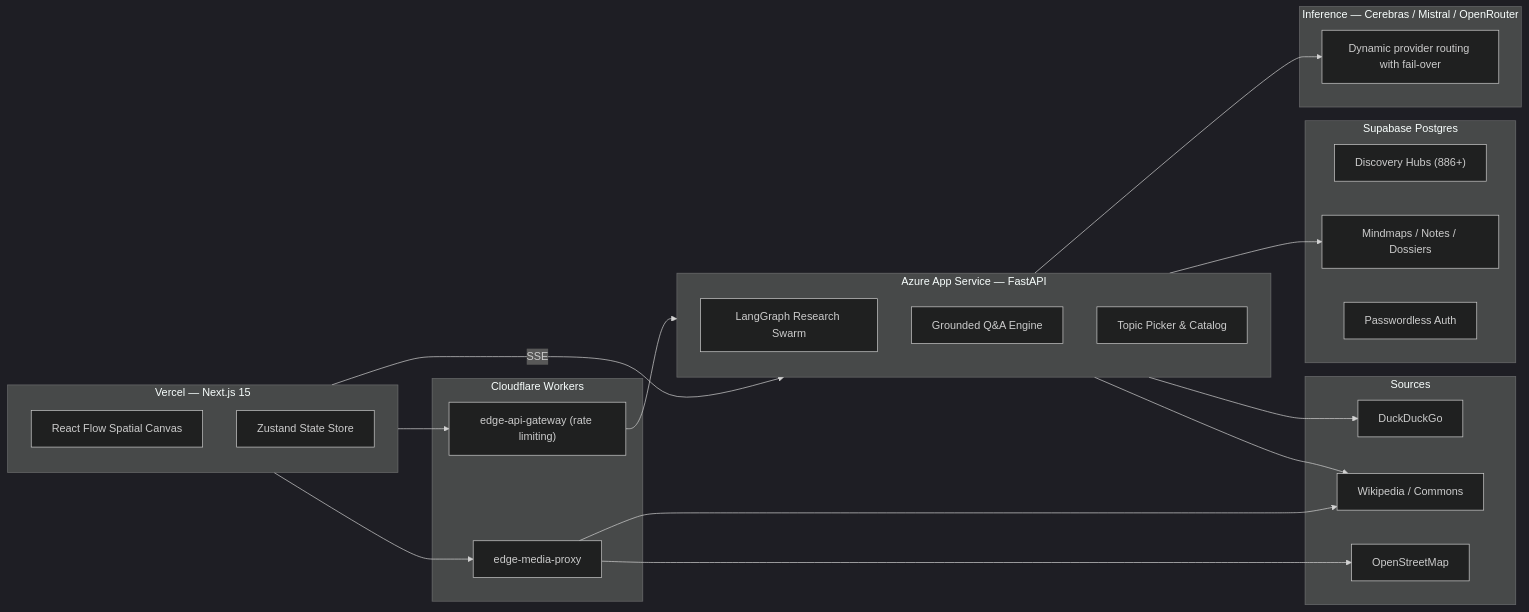
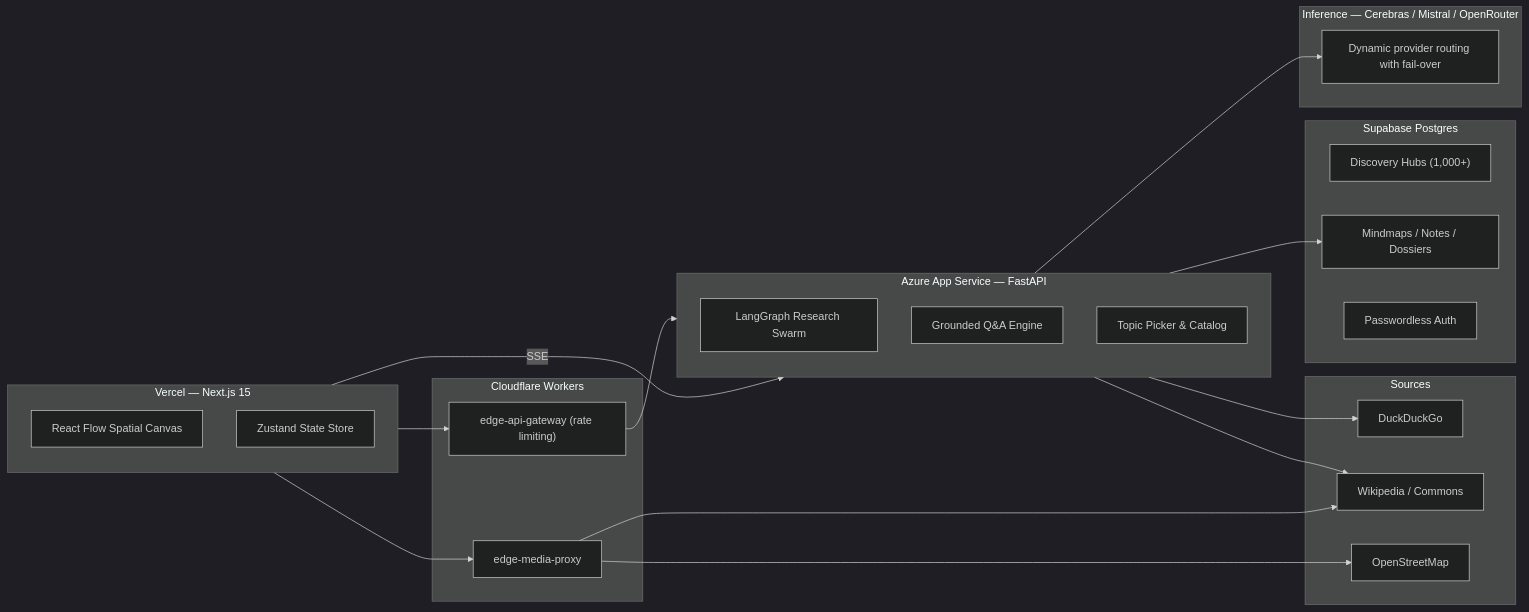
Before and after one commit to mythiipanda/til: the diagram in README.md, drawn with Mermaid (dark theme). The commit also changed other lines of this file, not shown here.

Commit message:
docs(readme): current hub count, sharing, exports, discovery

````diff
--- a/README.md
+++ b/README.md
@@ -25,37 +25,37 @@
 ```mermaid
 flowchart LR
     subgraph Client["Vercel — Next.js 15"]
         Canvas["React Flow Spatial Canvas"]
         Store["Zustand State Store"]
     end
     subgraph Backend["Azure App Service — FastAPI"]
         LangGraph["LangGraph Research Swarm"]
         ReAct["Grounded Q&A Engine"]
         TopicEngine["Topic Picker & Catalog"]
     end
     subgraph Edge["Cloudflare Workers"]
         Proxy["edge-media-proxy"]
         Gateway["edge-api-gateway (rate limiting)"]
     end
     subgraph Inference["Inference — Cerebras / Mistral / OpenRouter"]
         LLM["Dynamic provider routing with fail-over"]
     end
     subgraph Storage["Supabase Postgres"]
-        Hubs["Discovery Hubs (886+)"]
+        Hubs["Discovery Hubs (1,000+)"]
         Data["Mindmaps / Notes / Dossiers"]
         Auth["Passwordless Auth"]
     end
     subgraph External["Sources"]
         DDG["DuckDuckGo"] 
         Wiki["Wikipedia / Commons"]
         OSM["OpenStreetMap"]
     end
 
     Client -->|SSE| Backend
     Client --> Proxy
     Proxy --> Wiki & OSM
     Client --> Gateway --> Backend
     Backend --> LLM
     Backend --> Data
     Backend --> DDG & Wiki
 ```
````
